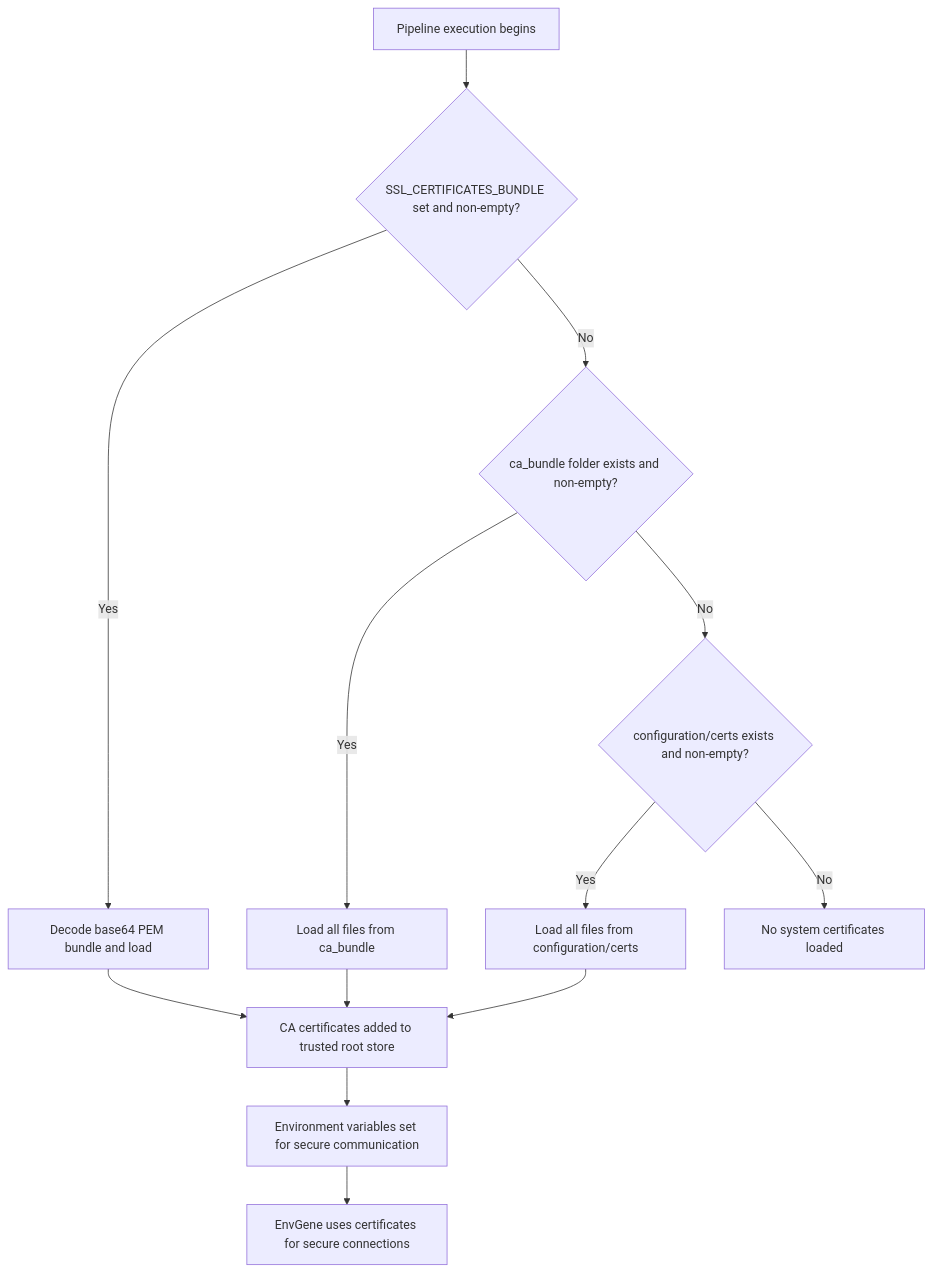
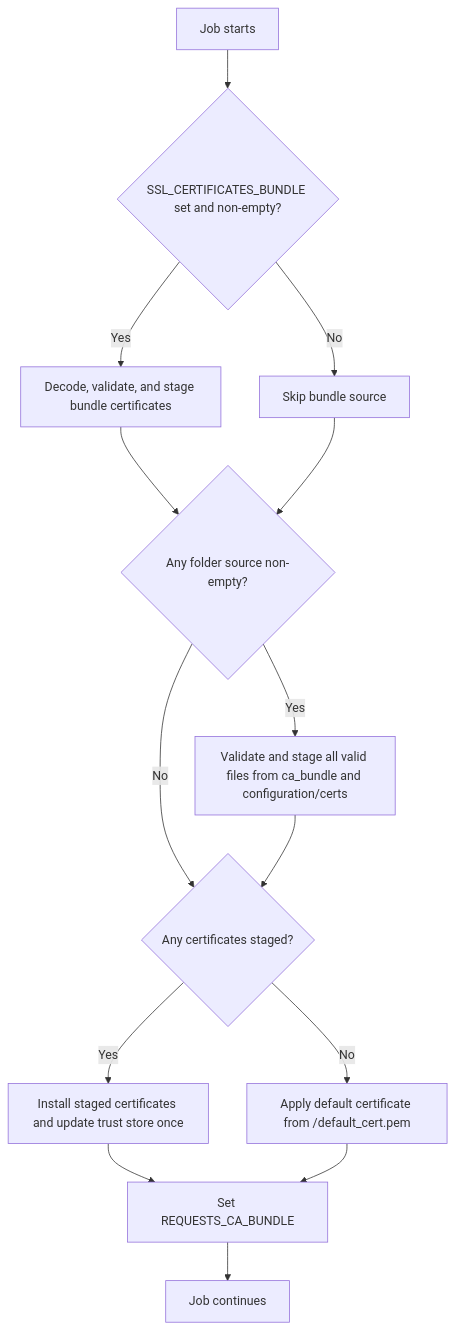
The diagram in docs/features/system-certificate.md (Netcracker/qubership-envgene), drawn with Mermaid before and after one commit. The commit also changed other lines of this file and 2 other files, not shown here.

Commit message:
docs: update system certificate documentation

````diff
--- a/docs/features/system-certificate.md
+++ b/docs/features/system-certificate.md
@@ -85,15 +108,16 @@
 ```mermaid
 flowchart TD
-    A[Pipeline execution begins] --> B{SSL_CERTIFICATES_BUNDLE set and non-empty?}
-    B -->|Yes| C[Decode base64 PEM bundle and load]
-    B -->|No| E{ca_bundle folder exists and non-empty?}
-    E -->|Yes| F[Load all files from ca_bundle]
-    E -->|No| G{configuration/certs exists and non-empty?}
-    G -->|Yes| H[Load all files from configuration/certs]
-    G -->|No| I[No system certificates loaded]
-    C --> J[CA certificates added to trusted root store]
-    F --> J
-    H --> J
-    J --> K[Environment variables set for secure communication]
-    K --> L[EnvGene uses certificates for secure connections]
+    A[Job starts] --> B{SSL_CERTIFICATES_BUNDLE set and non-empty?}
+    B -->|Yes| C[Decode, validate, and stage bundle certificates]
+    B -->|No| D[Skip bundle source]
+    C --> E{Any folder source non-empty?}
+    D --> E
+    E -->|Yes| F[Validate and stage all valid files from ca_bundle and configuration/certs]
+    E -->|No| G{Any certificates staged?}
+    F --> G
+    G -->|Yes| H[Install staged certificates and update trust store once]
+    G -->|No| I[Apply default certificate from /default_cert.pem]
+    H --> J[Set REQUESTS_CA_BUNDLE]
+    I --> J
+    J --> K[Job continues]
 ```
````
